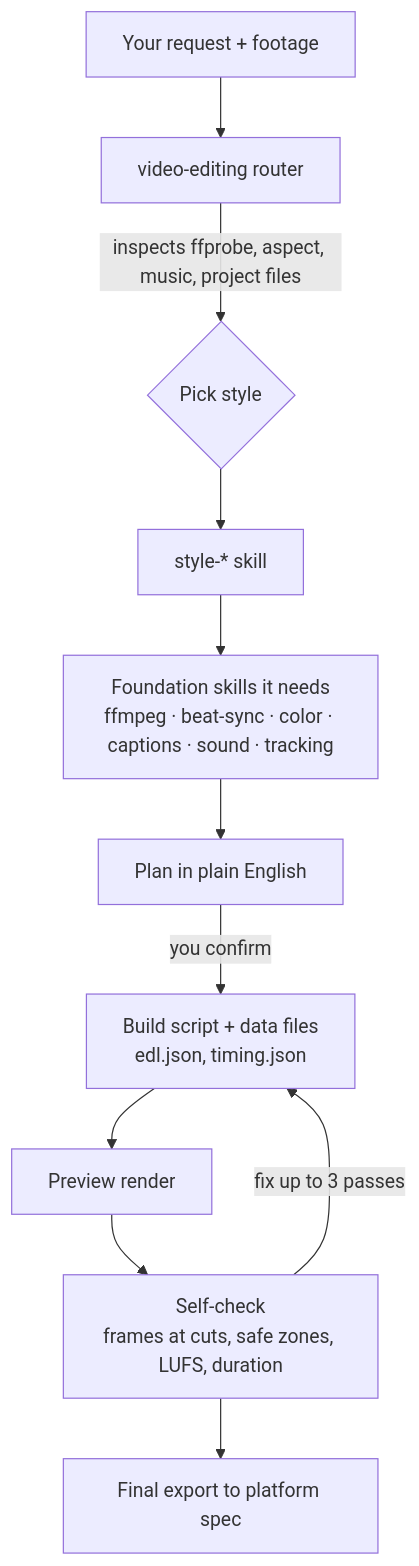
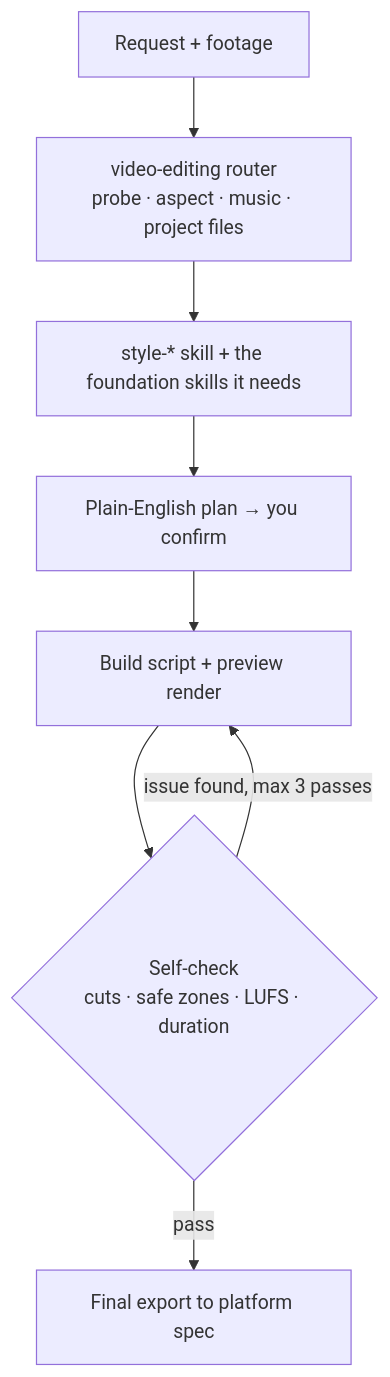
The diagram in README.md (Prateekiiitg56/video-editing-skills), drawn with Mermaid before and after one commit.

Commit message:
README: compact workflow diagram

````diff
--- a/README.md
+++ b/README.md
@@ -228,13 +228,10 @@
 ```mermaid
 flowchart TD
-    A[Your request + footage] --> B[video-editing router]
-    B -->|inspects ffprobe, aspect, music, project files| C{Pick style}
-    C --> D[style-* skill]
-    D --> E[Foundation skills it needs<br/>ffmpeg · beat-sync · color · captions · sound · tracking]
-    E --> F[Plan in plain English]
-    F -->|you confirm| G[Build script + data files<br/>edl.json, timing.json]
-    G --> H[Preview render]
-    H --> I[Self-check<br/>frames at cuts, safe zones, LUFS, duration]
-    I -->|fix up to 3 passes| G
-    I --> J[Final export to platform spec]
+    A[Request + footage] --> B[video-editing router<br/>probe · aspect · music · project files]
+    B --> C[style-* skill + the foundation skills it needs]
+    C --> D[Plain-English plan → you confirm]
+    D --> E[Build script + preview render]
+    E --> F{Self-check<br/>cuts · safe zones · LUFS · duration}
+    F -->|issue found, max 3 passes| E
+    F -->|pass| G[Final export to platform spec]
 ```
````
